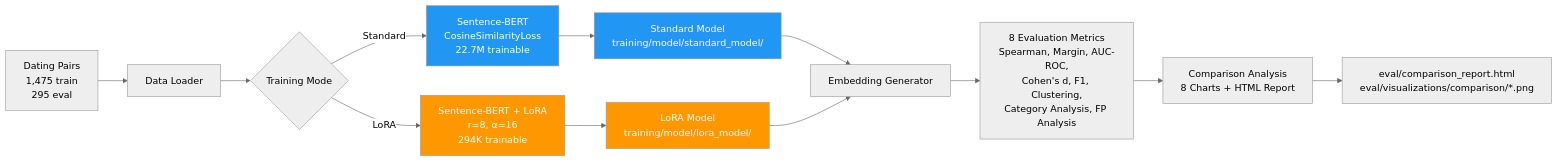
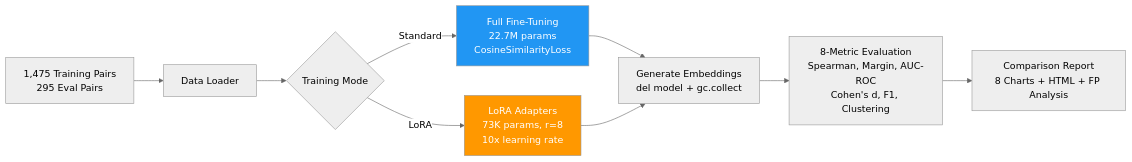
One commit to rubsj/ai-portfolio changed the diagram in 03-fine-tuning-guardrails/README.md. Above: the diagram before and after it, drawn with Mermaid (neutral theme). The commit also changed other lines of this file and 1 other file, not shown here.

````diff
--- a/03-fine-tuning-guardrails/README.md
+++ b/03-fine-tuning-guardrails/README.md
@@ -46,25 +62,18 @@
 ```mermaid
 flowchart LR
-    A[Dating Pairs<br/>1,475 train<br/>295 eval] --> B[Data Loader]
+    A[1,475 Training Pairs<br/>295 Eval Pairs] --> B[Data Loader]
     B --> C{Training Mode}
 
-    C -->|Standard| D[Sentence-BERT<br/>CosineSimilarityLoss<br/>22.7M trainable]
-    C -->|LoRA| E[Sentence-BERT + LoRA<br/>r=8, α=16<br/>294K trainable]
+    C -->|Standard| D[Full Fine-Tuning<br/>22.7M params<br/>CosineSimilarityLoss]
+    C -->|LoRA| E[LoRA Adapters<br/>73K params, r=8<br/>10x learning rate]
 
-    D --> F[Standard Model<br/>training/model/standard_model/]
-    E --> G[LoRA Model<br/>training/model/lora_model/]
+    D --> F[Generate Embeddings<br/>del model + gc.collect]
+    E --> F
 
-    F --> H[Embedding Generator]
-    G --> H
+    F --> G[8-Metric Evaluation<br/>Spearman, Margin, AUC-ROC<br/>Cohen's d, F1, Clustering]
 
-    H --> I[8 Evaluation Metrics<br/>Spearman, Margin, AUC-ROC,<br/>Cohen's d, F1, Clustering,<br/>Category Analysis, FP Analysis]
-
-    I --> J[Comparison Analysis<br/>8 Charts + HTML Report]
-
-    J --> K[eval/comparison_report.html<br/>eval/visualizations/comparison/*.png]
+    G --> H[Comparison Report<br/>8 Charts + HTML + FP Analysis]
 
     style D fill:#2196F3,color:#fff
     style E fill:#FF9800,color:#fff
-    style F fill:#2196F3,color:#fff
-    style G fill:#FF9800,color:#fff
 ```
````
